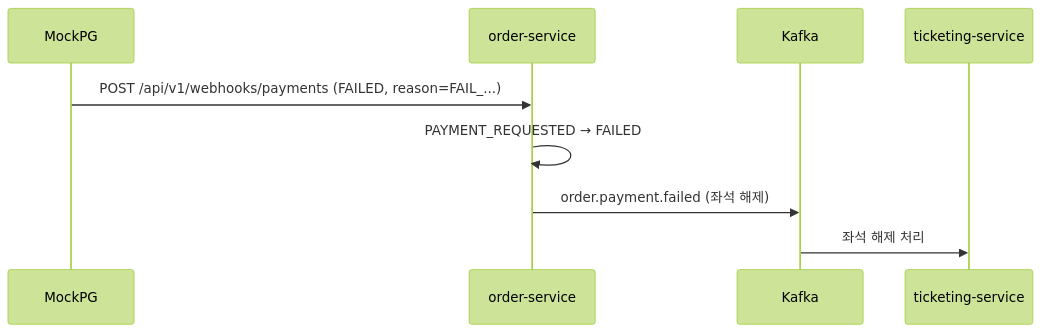
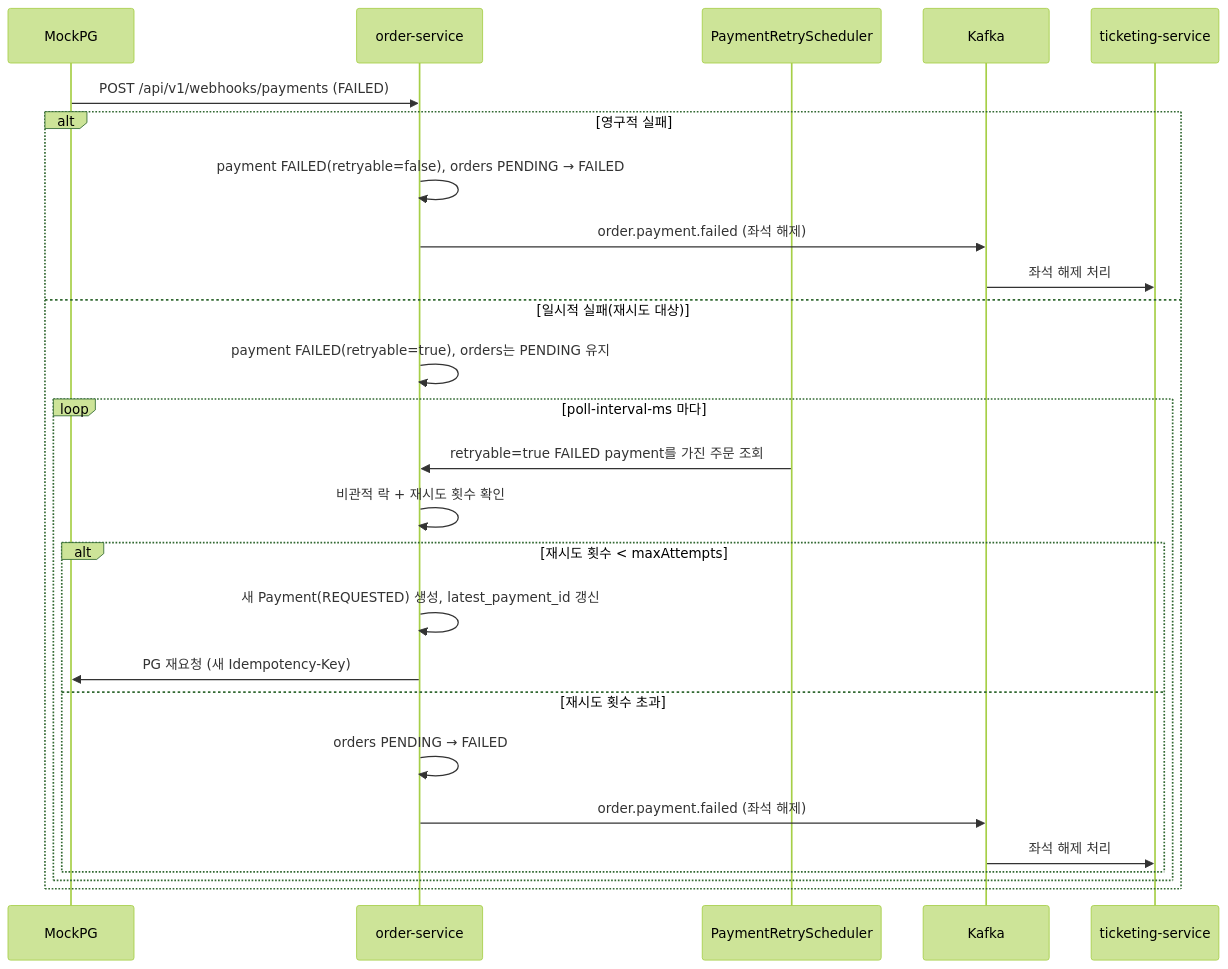
The fifth of 8 diagrams in docs/order-service/flows.md (6pm-sparta/6pm), drawn with Mermaid (forest theme) before and after one commit. The commit also changed other lines of this file and 12 other files, not shown here.

````diff
--- a/docs/order-service/flows.md
+++ b/docs/order-service/flows.md
@@ -196,12 +193,30 @@
 ```mermaid
 sequenceDiagram
     participant PG as MockPG
     participant O as order-service
+    participant S as PaymentRetryScheduler
     participant K as Kafka
     participant T as ticketing-service
 
-    PG->>O: POST /api/v1/webhooks/payments (FAILED, reason=FAIL_...)
-    O->>O: PAYMENT_REQUESTED → FAILED
-    O->>K: order.payment.failed (좌석 해제)
-    K->>T: 좌석 해제 처리
+    PG->>O: POST /api/v1/webhooks/payments (FAILED)
+    alt 영구적 실패
+        O->>O: payment FAILED(retryable=false), orders PENDING → FAILED
+        O->>K: order.payment.failed (좌석 해제)
+        K->>T: 좌석 해제 처리
+    else 일시적 실패(재시도 대상)
+        O->>O: payment FAILED(retryable=true), orders는 PENDING 유지
+
+        loop poll-interval-ms 마다
+            S->>O: retryable=true FAILED payment를 가진 주문 조회
+            O->>O: 비관적 락 + 재시도 횟수 확인
+            alt 재시도 횟수 < maxAttempts
+                O->>O: 새 Payment(REQUESTED) 생성, latest_payment_id 갱신
+                O->>PG: PG 재요청 (새 Idempotency-Key)
+            else 재시도 횟수 초과
+                O->>O: orders PENDING → FAILED
+                O->>K: order.payment.failed (좌석 해제)
+                K->>T: 좌석 해제 처리
+            end
+        end
+    end
 ```
````
